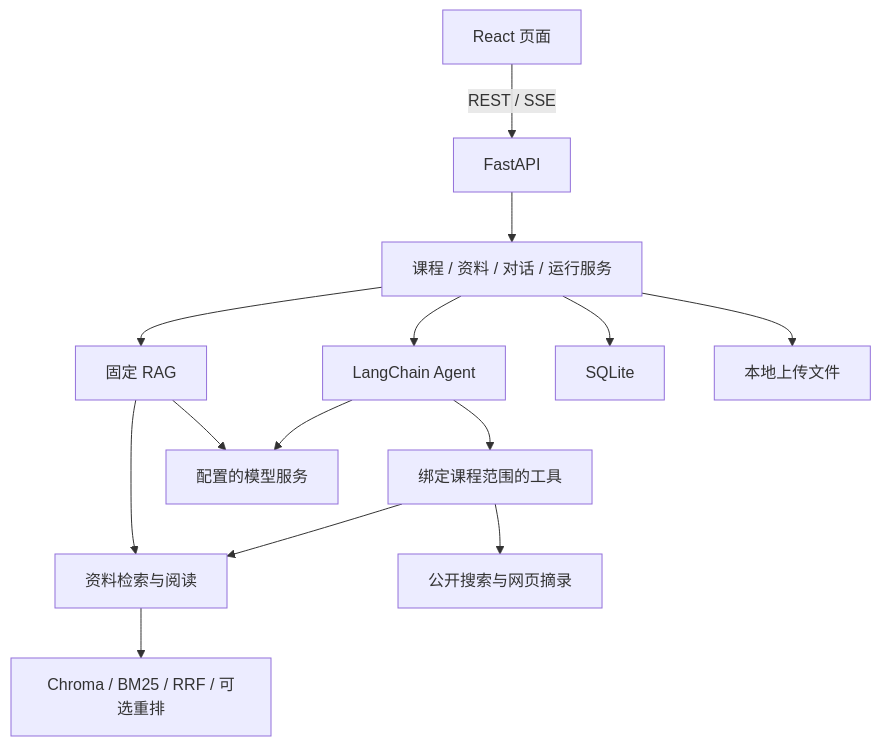
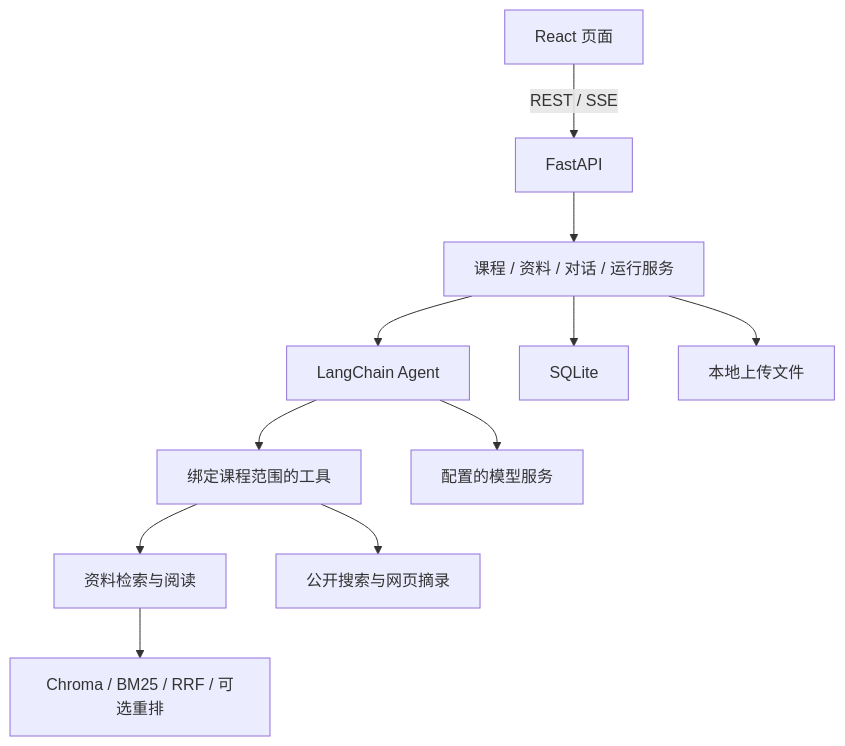
The diagram in docs/ARCHITECTURE.md (S1tttttteN/course-rag-agent), drawn with Mermaid before and after one commit. The commit also changed other lines of this file and 55 other files, not shown here.

````diff
--- a/docs/ARCHITECTURE.md
+++ b/docs/ARCHITECTURE.md
@@ -7,16 +7,13 @@
 ```mermaid
 flowchart TD
     UI[React 页面] -->|REST / SSE| API[FastAPI]
     API --> S[课程 / 资料 / 对话 / 运行服务]
     S --> A[LangChain Agent]
-    S --> R[固定 RAG]
     A --> T[绑定课程范围的工具]
     T --> K[资料检索与阅读]
     T --> W[公开搜索与网页摘录]
-    R --> K
     K --> V[Chroma / BM25 / RRF / 可选重排]
     S --> DB[SQLite]
     S --> F[本地上传文件]
     A --> M[配置的模型服务]
-    R --> M
 ```
````
